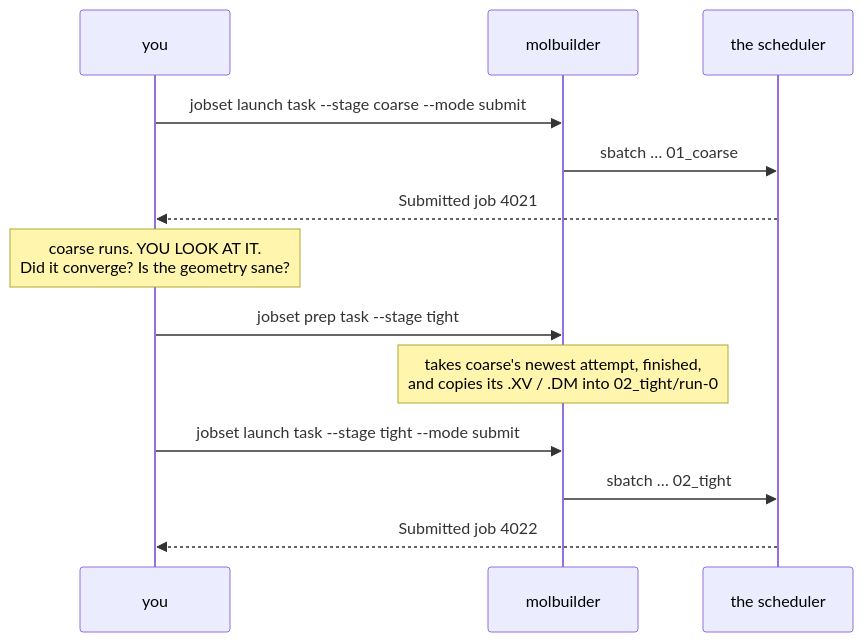
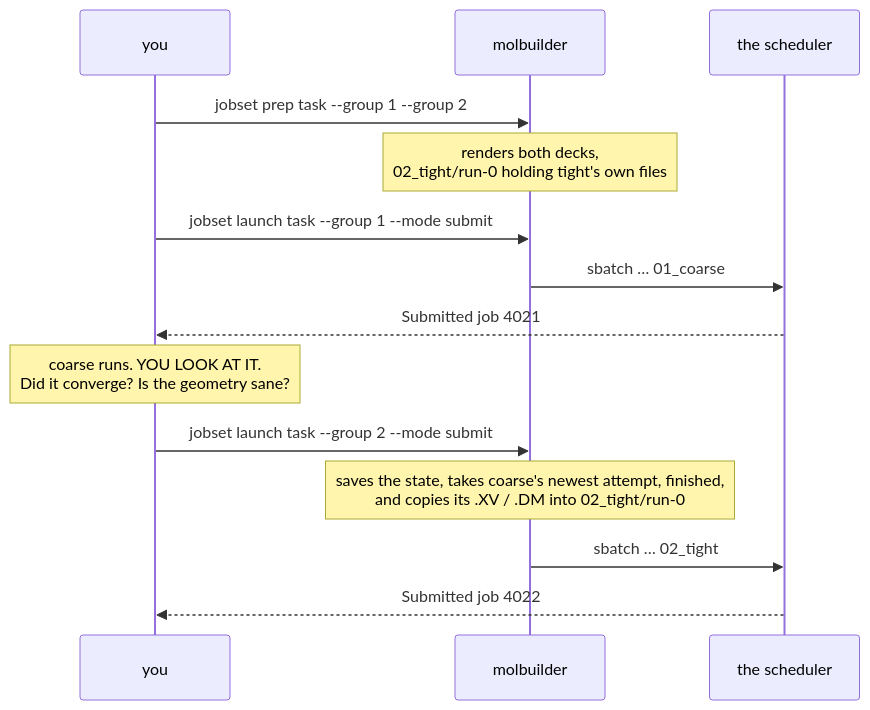
One commit to Qing-LAB/molbuilder changed diagram 14 of 19 in docs/execution/job-system.md. Above: the diagram before and after it, drawn with Mermaid. The commit also changed other lines of this file and 282 other files, not shown here.

````diff
--- a/docs/execution/job-system.md
+++ b/docs/execution/job-system.md
@@ -1725,15 +2164,16 @@
 ```mermaid
 sequenceDiagram
     participant U as you
     participant M as molbuilder
     participant S as the scheduler
-    U->>M: jobset launch task --stage coarse --mode submit
+    U->>M: jobset prep task --group 1 --group 2
+    Note over M: renders both decks,<br/>02_tight/run-0 holding tight's own files
+    U->>M: jobset launch task --group 1 --mode submit
     M->>S: sbatch … 01_coarse
     S-->>U: Submitted job 4021
     Note over U: coarse runs. YOU LOOK AT IT.<br/>Did it converge? Is the geometry sane?
-    U->>M: jobset prep task --stage tight
-    Note over M: takes coarse's newest attempt, finished,<br/>and copies its .XV / .DM into 02_tight/run-0
-    U->>M: jobset launch task --stage tight --mode submit
+    U->>M: jobset launch task --group 2 --mode submit
+    Note over M: saves the state, takes coarse's newest attempt, finished,<br/>and copies its .XV / .DM into 02_tight/run-0
     M->>S: sbatch … 02_tight
     S-->>U: Submitted job 4022
 ```
````
